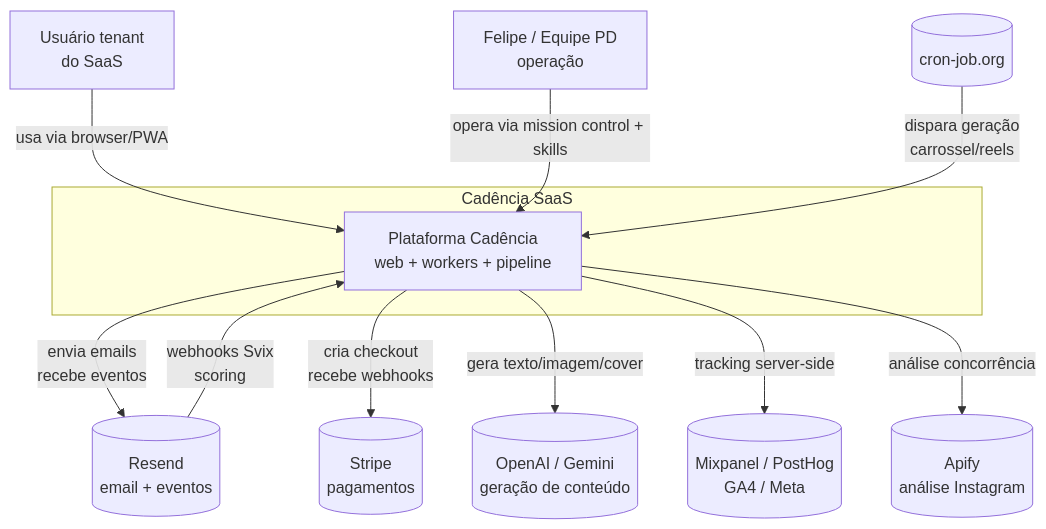
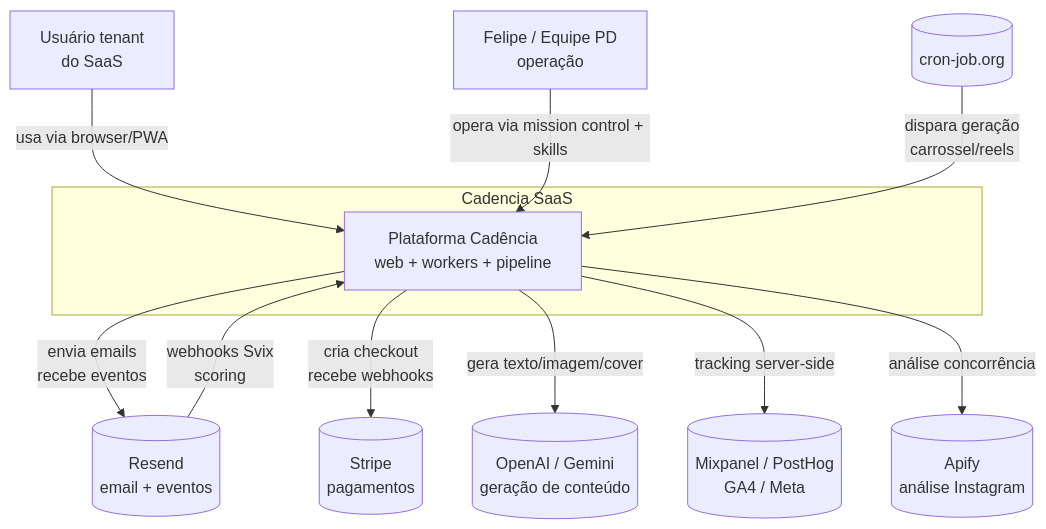
One commit to Posicionamento-Digital/cadencia-docs changed the first of 2 diagrams in docs/cadencia-app/architecture/architecture.md. Above: the diagram before and after it, drawn with Mermaid. The commit also changed other lines of this file and 70 other files, not shown here.

````diff
--- a/docs/cadencia-app/architecture/architecture.md
+++ b/docs/cadencia-app/architecture/architecture.md
@@ -7,25 +7,25 @@
 ```mermaid
 graph TB
     Usuario[Usuário tenant<br/>do SaaS]
     Felipe[Felipe / Equipe PD<br/>operação]
     Resend[(Resend<br/>email + eventos)]
     Stripe[(Stripe<br/>pagamentos)]
     LLM[(OpenAI / Gemini<br/>geração de conteúdo)]
     Mixpanel[(Mixpanel / PostHog<br/>GA4 / Meta)]
     Apify[(Apify<br/>análise Instagram)]
     Cron[(cron-job.org)]
 
-    subgraph Cadencia [Cadência SaaS]
+    subgraph Cadencia [Cadencia SaaS]
         App[Plataforma Cadência<br/>web + workers + pipeline]
     end
 
     Usuario -->|usa via browser/PWA| App
     Felipe -->|opera via mission control + skills| App
     App -->|envia emails<br/>recebe eventos| Resend
     App -->|cria checkout<br/>recebe webhooks| Stripe
     App -->|gera texto/imagem/cover| LLM
     App -->|tracking server-side| Mixpanel
     App -->|análise concorrência| Apify
     Cron -->|dispara geração<br/>carrossel/reels| App
     Resend -->|webhooks Svix<br/>scoring| App
 ```
````
